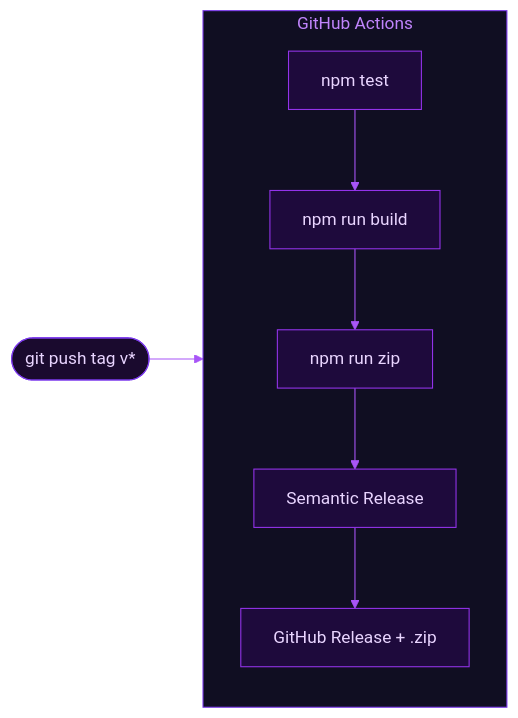
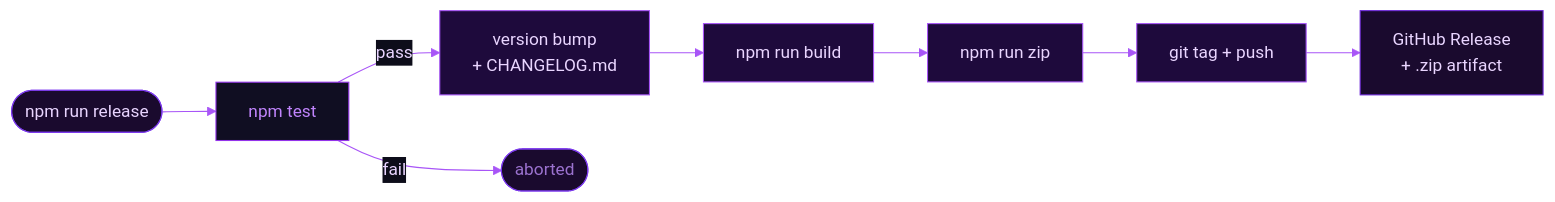
The fifth of 5 diagrams in README.md (simwai/chrome-extension-template), drawn with Mermaid before and after one commit. The commit also changed other lines of this file and 5 other files, not shown here.

First line of the commit message:
chore: replace GH Actions with local Husky + release-it workflow

````diff
--- a/README.md
+++ b/README.md
@@ -169,16 +212,20 @@
 ```mermaid
 %%{init: {'theme': 'base', 'themeVariables': {'primaryColor': '#1a0a2e', 'primaryTextColor': '#e9d5ff', 'primaryBorderColor': '#7c3aed', 'lineColor': '#a855f7', 'secondaryColor': '#0d0d1a', 'background': '#0a0a18', 'mainBkg': '#1a0a2e', 'nodeBorder': '#7c3aed', 'clusterBkg': '#100e22', 'titleColor': '#c084fc', 'edgeLabelBackground': '#0d0d1a', 'fontFamily': 'Segoe UI, system-ui, sans-serif'}}}%%
 flowchart LR
-    TAG(["git push tag v*"]) --> CI
-    subgraph CI ["GitHub Actions"]
-        T[npm test] --> B[npm run build] --> Z[npm run zip] --> SR[Semantic Release] --> R[GitHub Release + .zip]
-    end
+    A([npm run release]) --> B[npm test]
+    B -->|pass| C[version bump\n+ CHANGELOG.md]
+    C --> D[npm run build]
+    D --> E[npm run zip]
+    E --> F[git tag + push]
+    F --> G[GitHub Release\n+ .zip artifact]
+    B -->|fail| H([aborted])
 
-    style TAG fill:#1a0a2e,stroke:#7c3aed,color:#e9d5ff
-    style CI fill:#100e22,stroke:#7c3aed,color:#c084fc
-    style T fill:#1e0a3c,stroke:#9333ea,color:#e9d5ff
-    style B fill:#1e0a3c,stroke:#9333ea,color:#e9d5ff
-    style Z fill:#1e0a3c,stroke:#9333ea,color:#e9d5ff
-    style SR fill:#1e0a3c,stroke:#9333ea,color:#e9d5ff
-    style R fill:#1e0a3c,stroke:#9333ea,color:#e9d5ff
+    style A fill:#1a0a2e,stroke:#7c3aed,color:#e9d5ff
+    style B fill:#100e22,stroke:#9333ea,color:#c084fc
+    style C fill:#1e0a3c,stroke:#a855f7,color:#e9d5ff
+    style D fill:#1e0a3c,stroke:#a855f7,color:#e9d5ff
+    style E fill:#1e0a3c,stroke:#a855f7,color:#e9d5ff
+    style F fill:#1e0a3c,stroke:#a855f7,color:#e9d5ff
+    style G fill:#1a0a2e,stroke:#6d28d9,color:#e9d5ff
+    style H fill:#1a0a2e,stroke:#7c3aed,color:#9b72cf
 ```
````
